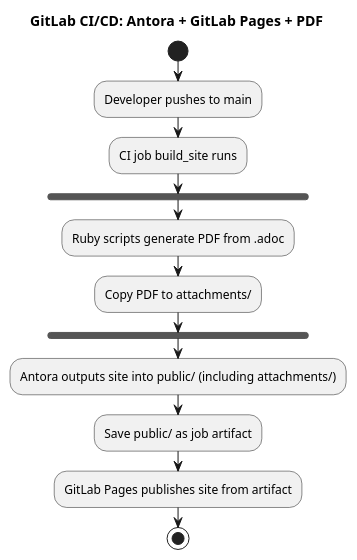
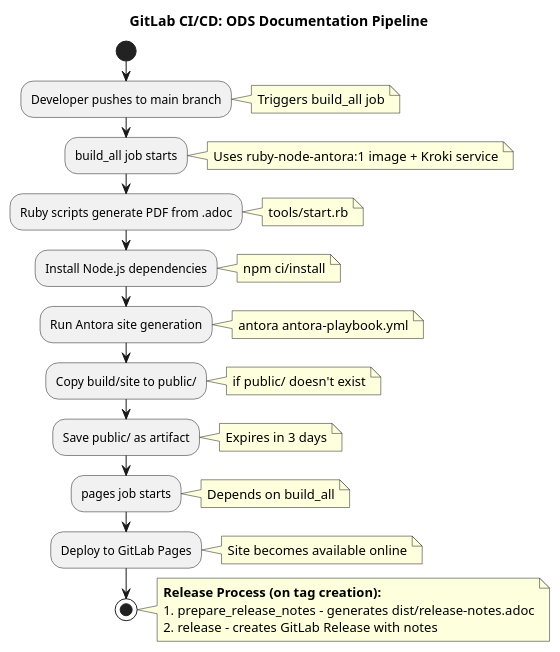
One commit to Vvvnik/ods-project changed the diagram in components/project-guide/modules/ROOT/examples/schema.puml. Above: the diagram before and after it, drawn with PlantUML. The commit also changed 20 other files, not shown here.

```diff
--- a/components/project-guide/modules/ROOT/examples/schema.puml
+++ b/components/project-guide/modules/ROOT/examples/schema.puml
@@ -1,15 +1,40 @@
 @startuml schema
-title GitLab CI/CD: Antora + GitLab Pages + PDF
+title GitLab CI/CD: ODS Documentation Pipeline
 
 start
-:Developer pushes to main;
-:CI job build_site runs;
-fork
-  :Ruby scripts generate PDF from .adoc;
-  :Copy PDF to attachments/;
-end fork
-:Antora outputs site into public/ (including attachments/);
-:Save public/ as job artifact;
-:GitLab Pages publishes site from artifact;
+:Developer pushes to main branch;
+note right: Triggers build_all job
+
+:build_all job starts;
+note right: Uses ruby-node-antora:1 image + Kroki service
+
+:Ruby scripts generate PDF from .adoc;
+note right: tools/start.rb
+
+:Install Node.js dependencies;
+note right: npm ci/install
+
+:Run Antora site generation;
+note right: antora antora-playbook.yml
+
+:Copy build/site to public/;
+note right: if public/ doesn't exist
+
+:Save public/ as artifact;
+note right: Expires in 3 days
+
+:pages job starts;
+note right: Depends on build_all
+
+:Deploy to GitLab Pages;
+note right: Site becomes available online
+
 stop
+
+note right
+**Release Process (on tag creation):**
+1. prepare_release_notes - generates dist/release-notes.adoc
+2. release - creates GitLab Release with notes
+end note
+
 @enduml
```
